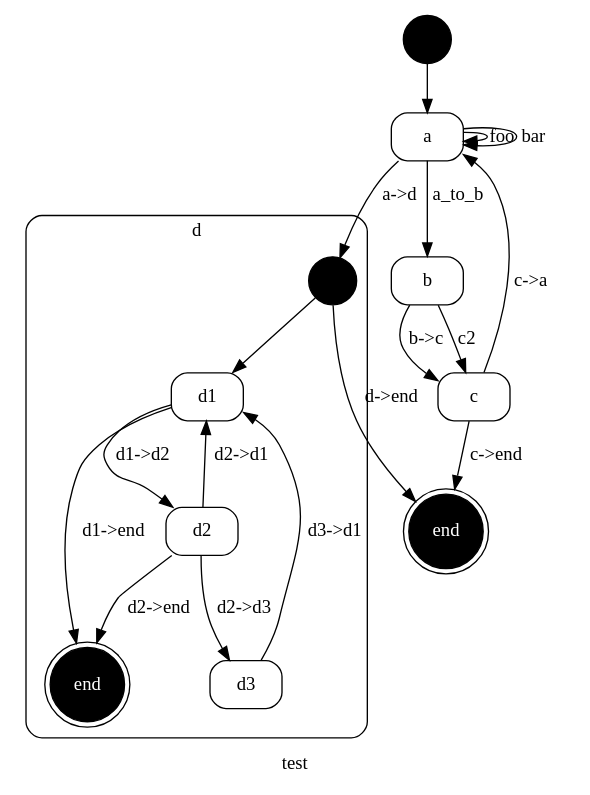
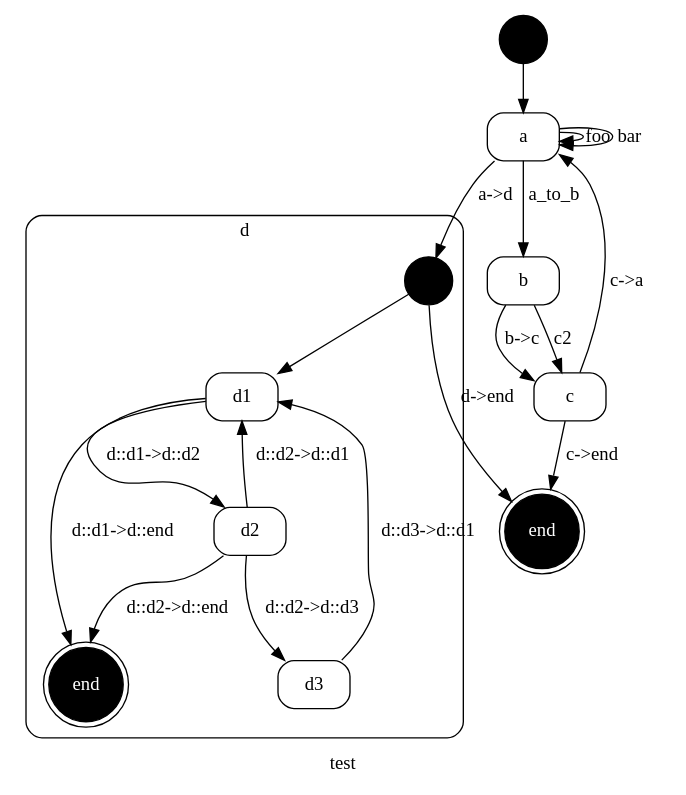
The diagram in example/red_steak-test.dot (kstephens/red_steak), drawn with Graphviz before and after one commit. The commit also changed 23 other files, not shown here.

First line of the commit message:
MAJOR CHANGES: Closer to UML metamodel and semantics. Substates can be defined without a substatemachine. Support "a::sub" namespacing and lookup. Refactored State into Vertex for future Pseudostate class and support. Builder syntax for implied transition source has changed.

```diff
--- a/example/red_steak-test.dot
+++ b/example/red_steak-test.dot
@@ -1,91 +1,91 @@
 
-// {#<RedSteak::Statemachine [:test]>
+// {#<RedSteak::Statemachine test>
 digraph x1 {
   label="test"; 
   node [ shape="circle", label="", style=filled, fillcolor=black ] x1_START; 
 
-// #<RedSteak::State [:a]>
+// #<RedSteak::State test a>
   node [ shape="box", label="a", style="filled,rounded", color=black, fillcolor=white, fontcolor=black ] x2;
 
-// #<RedSteak::State [:b]>
+// #<RedSteak::State test b>
   node [ shape="box", label="b", style="filled,rounded", color=black, fillcolor=white, fontcolor=black ] x3;
 
-// #<RedSteak::State [:c]>
+// #<RedSteak::State test c>
   node [ shape="box", label="c", style="filled,rounded", color=black, fillcolor=white, fontcolor=black ] x4;
 
-// #<RedSteak::State [:d]>
+// #<RedSteak::State test d>
 
-// {#<RedSteak::Statemachine [:test, :d, :d]>
+// {#<RedSteak::Statemachine test::d>
 subgraph cluster_x5 {
   label="d"; 
   shape="box"; 
   style="filled,rounded"; 
-  fillcolor="white"; 
-  fontcolor="black"; 
+  fillcolor=white; 
+  fontcolor=black; 
   node [ shape="circle", label="", style=filled, fillcolor=black ] x5_START; 
 
-// #<RedSteak::State [:d, :d1]>
+// #<RedSteak::State test::d d::d1>
   node [ shape="box", label="d1", style="filled,rounded", color=black, fillcolor=white, fontcolor=black ] x6;
 
-// #<RedSteak::State [:d, :d2]>
+// #<RedSteak::State test::d d::d2>
   node [ shape="box", label="d2", style="filled,rounded", color=black, fillcolor=white, fontcolor=black ] x7;
 
-// #<RedSteak::State [:d, :d3]>
+// #<RedSteak::State test::d d::d3>
   node [ shape="box", label="d3", style="filled,rounded", color=black, fillcolor=white, fontcolor=black ] x8;
 
-// #<RedSteak::State [:d, :end]>
+// #<RedSteak::State test::d d::end>
   node [ shape="doublecircle", label="end", style="filled,rounded", color=black, fillcolor=black, fontcolor=white ] x9;
 }
-// } #<RedSteak::Statemachine [:test, :d, :d]>
+// } #<RedSteak::Statemachine test::d>
 
-// #<RedSteak::State [:end]>
+// #<RedSteak::State test end>
   node [ shape="doublecircle", label="end", style="filled,rounded", color=black, fillcolor=black, fontcolor=white ] x10;
 
-// #<RedSteak::Transition :foo :a -> :a>
+// #<RedSteak::Transition :foo a -> a>
 x2 -> x2 [ label="foo", color=black, fontcolor=black ];
 
-// #<RedSteak::Transition :bar :a -> :a>
+// #<RedSteak::Transition :bar a -> a>
 x2 -> x2 [ label="bar", color=black, fontcolor=black ];
 
-// #<RedSteak::Transition :a_to_b :a -> :b>
+// #<RedSteak::Transition :a_to_b a -> b>
 x2 -> x3 [ label="a_to_b", color=black, fontcolor=black ];
 
-// #<RedSteak::Transition :"b->c" :b -> :c>
+// #<RedSteak::Transition :"b->c" b -> c>
 x3 -> x4 [ label="b->c", color=black, fontcolor=black ];
 
-// #<RedSteak::Transition :c2 :b -> :c>
+// #<RedSteak::Transition :c2 b -> c>
 x3 -> x4 [ label="c2", color=black, fontcolor=black ];
 
-// #<RedSteak::Transition :"c->a" :c -> :a>
+// #<RedSteak::Transition :"c->a" c -> a>
 x4 -> x2 [ label="c->a", color=black, fontcolor=black ];
 
-// #<RedSteak::Transition :"c->end" :c -> :end>
+// #<RedSteak::Transition :"c->end" c -> end>
 x4 -> x10 [ label="c->end", color=black, fontcolor=black ];
 
-// #<RedSteak::Transition :"a->d" :a -> :d>
+// #<RedSteak::Transition :"a->d" a -> d>
 x2 -> x5_START [ label="a->d", color=black, fontcolor=black ];
 
-// #<RedSteak::Transition :"d->end" :d -> :end>
+// #<RedSteak::Transition :"d->end" d -> end>
 x5_START -> x10 [ label="d->end", color=black, fontcolor=black ];
 x1_START -> x2;
 
-// #<RedSteak::Transition :"d1->d2" :d1 -> :d2>
-x6 -> x7 [ label="d1->d2", color=black, fontcolor=black ];
+// #<RedSteak::Transition :"d::d1->d::d2" d::d1 -> d::d2>
+x6 -> x7 [ label="d::d1->d::d2", color=black, fontcolor=black ];
 
-// #<RedSteak::Transition :"d1->end" :d1 -> :end>
-x6 -> x9 [ label="d1->end", color=black, fontcolor=black ];
+// #<RedSteak::Transition :"d::d1->d::end" d::d1 -> d::end>
+x6 -> x9 [ label="d::d1->d::end", color=black, fontcolor=black ];
 
-// #<RedSteak::Transition :"d2->d1" :d2 -> :d1>
-x7 -> x6 [ label="d2->d1", color=black, fontcolor=black ];
+// #<RedSteak::Transition :"d::d2->d::d1" d::d2 -> d::d1>
+x7 -> x6 [ label="d::d2->d::d1", color=black, fontcolor=black ];
 
-// #<RedSteak::Transition :"d2->end" :d2 -> :end>
-x7 -> x9 [ label="d2->end", color=black, fontcolor=black ];
+// #<RedSteak::Transition :"d::d2->d::end" d::d2 -> d::end>
+x7 -> x9 [ label="d::d2->d::end", color=black, fontcolor=black ];
 
-// #<RedSteak::Transition :"d3->d1" :d3 -> :d1>
-x8 -> x6 [ label="d3->d1", color=black, fontcolor=black ];
+// #<RedSteak::Transition :"d::d3->d::d1" d::d3 -> d::d1>
+x8 -> x6 [ label="d::d3->d::d1", color=black, fontcolor=black ];
 
-// #<RedSteak::Transition :"d2->d3" :d2 -> :d3>
-x7 -> x8 [ label="d2->d3", color=black, fontcolor=black ];
+// #<RedSteak::Transition :"d::d2->d::d3" d::d2 -> d::d3>
+x7 -> x8 [ label="d::d2->d::d3", color=black, fontcolor=black ];
 x5_START -> x6;
 }
-// } #<RedSteak::Statemachine [:test]>
+// } #<RedSteak::Statemachine test>
```
